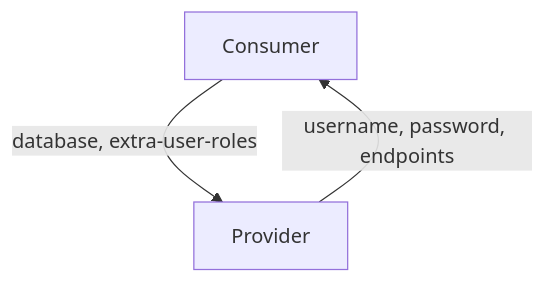
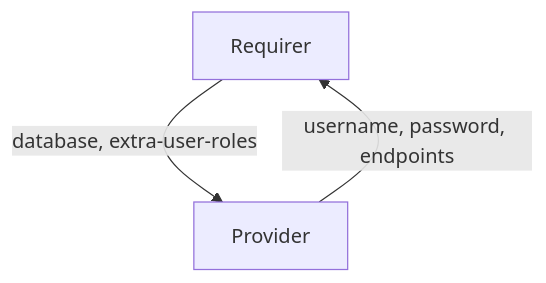
The diagram in database/README.md (canonical/charm-relation-interfaces), drawn with Mermaid before and after one commit. The commit also changed other lines of this file and 11 other files, not shown here.

Commit message:
fix inconsistencies and use actual schema URLs as IDs

````diff
--- a/database/README.md
+++ b/database/README.md
@@ -12,5 +12,5 @@
 ```mermaid
 flowchart TD
-    Consumer -- database, extra-user-roles --> Provider
-    Provider -- username, password, endpoints --> Consumer
+    Requirer -- database, extra-user-roles --> Provider
+    Provider -- username, password, endpoints --> Requirer
 ```
````
